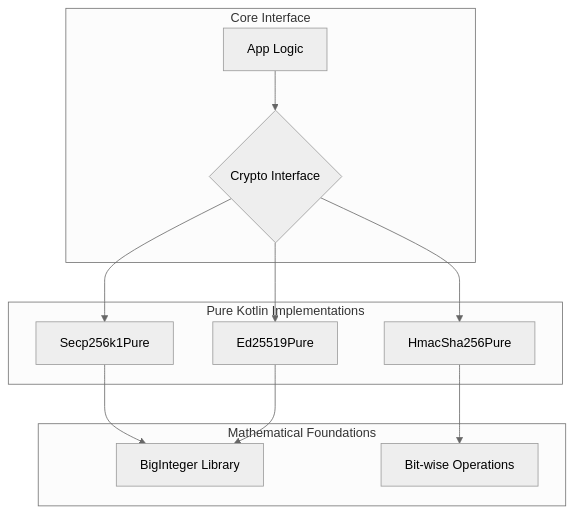
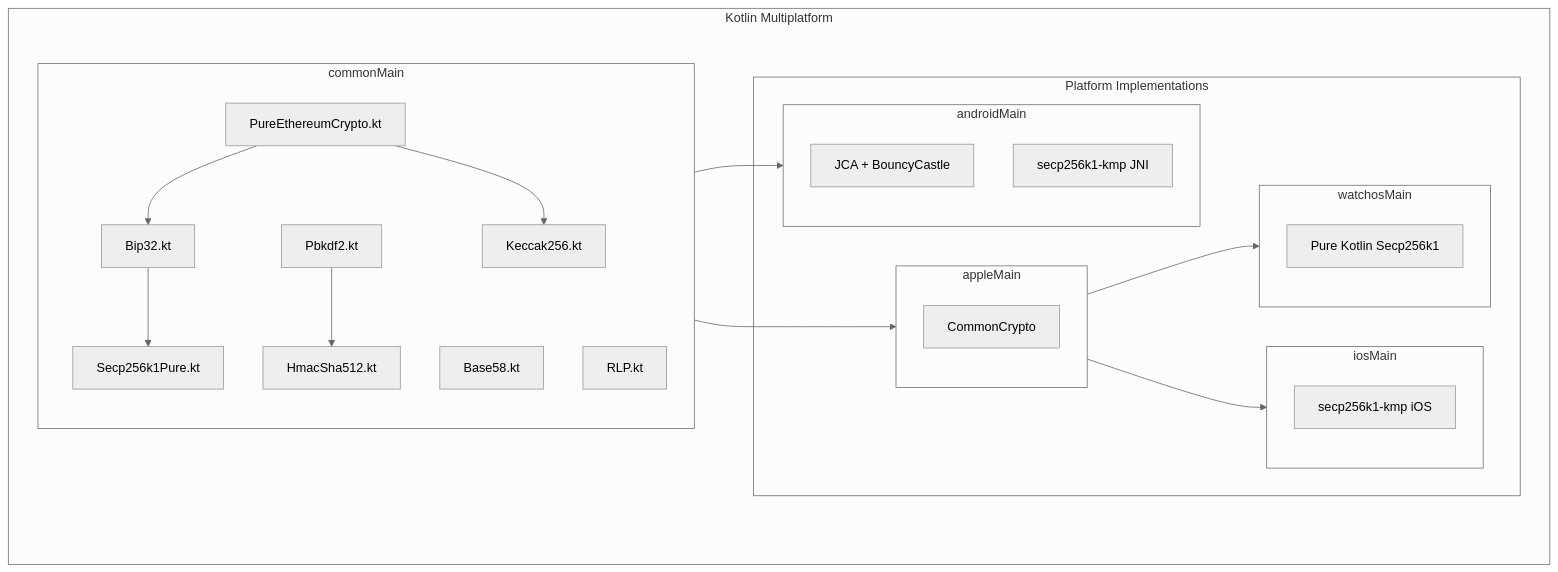
One commit to ImL1s/kotlin-crypto-pure changed the first of 2 diagrams in README.md. Above: the diagram before and after it, drawn with Mermaid (neutral theme). The commit also changed other lines of this file, not shown here.

Commit message:
docs: add BIP340 and Taproot tweaking features to README

````diff
--- a/README.md
+++ b/README.md
@@ -22,18 +41,37 @@
 ```mermaid
-graph TD
-    subgraph "Core Interface"
-        A[App Logic] --> B{Crypto Interface}
+graph TB
+    subgraph "Kotlin Multiplatform"
+        subgraph "commonMain"
+            A[Bip32.kt] --> B[Secp256k1Pure.kt]
+            C[Pbkdf2.kt] --> D[HmacSha512.kt]
+            E[PureEthereumCrypto.kt] --> A
+            E --> F[Keccak256.kt]
+            G[Base58.kt]
+            H[RLP.kt]
+        end
+        
+        subgraph "Platform Implementations"
+            subgraph "androidMain"
+                I[JCA + BouncyCastle]
+                J[secp256k1-kmp JNI]
+            end
+            
+            subgraph "appleMain"
+                K[CommonCrypto]
+            end
+            
+            subgraph "iosMain"
+                L[secp256k1-kmp iOS]
+            end
+            
+            subgraph "watchosMain"
+                M[Pure Kotlin Secp256k1]
+            end
+        end
     end
-
-    subgraph "Pure Kotlin Implementations"
-        B --> C[Secp256k1Pure]
-        B --> D[Ed25519Pure]
-        B --> E[HmacSha256Pure]
-    end
-
-    subgraph "Mathematical Foundations"
-        C --> F[BigInteger Library]
-        D --> F
-        E --> G[Bit-wise Operations]
-    end
+    
+    commonMain --> androidMain
+    commonMain --> appleMain
+    appleMain --> iosMain
+    appleMain --> watchosMain
 ```
````
